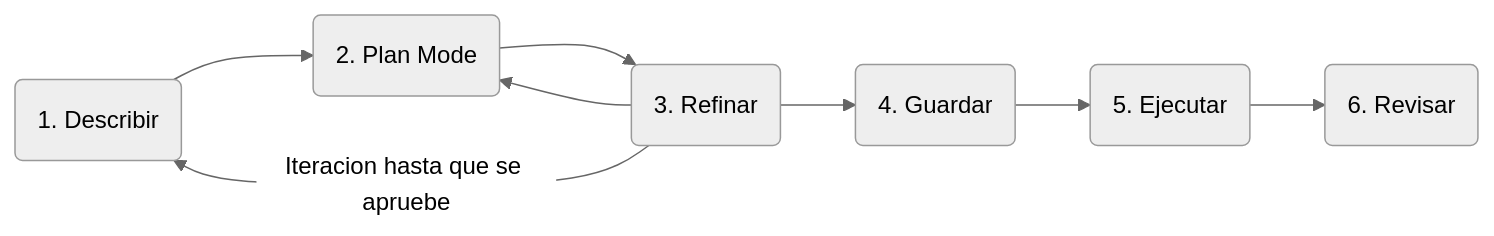
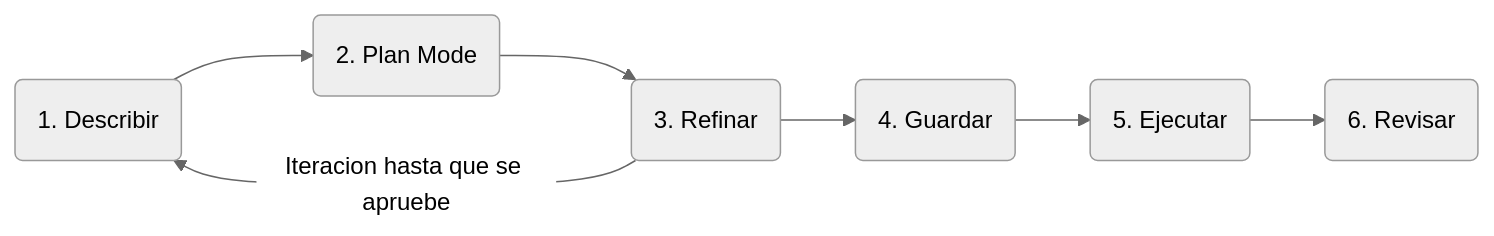
The diagram in OpenCode/SpecDrivenDevelopment.md (sramire3000/documentacion), drawn with Mermaid (neutral theme) before and after one commit.

Commit message:
Fix diagram flow in SpecDrivenDevelopment.md

````diff
--- a/OpenCode/SpecDrivenDevelopment.md
+++ b/OpenCode/SpecDrivenDevelopment.md
@@ -4,10 +4,9 @@
 ```mermaid
 graph LR
 A(1. Describir) --> B(2. Plan Mode)
 B --> C(3. Refinar)
 C -- Iteracion hasta que se apruebe --> A
-C --> B
 C --> D(4. Guardar)
 D --> E(5. Ejecutar)
 E --> F(6. Revisar)
 ```
````
